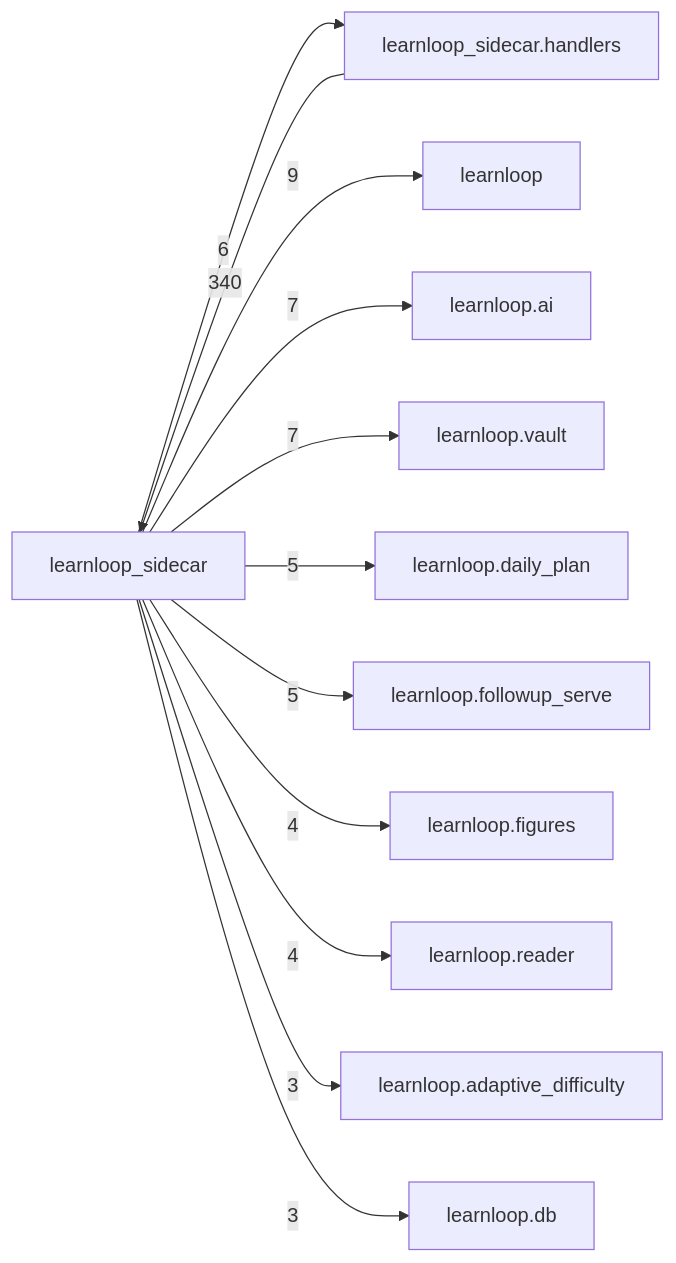
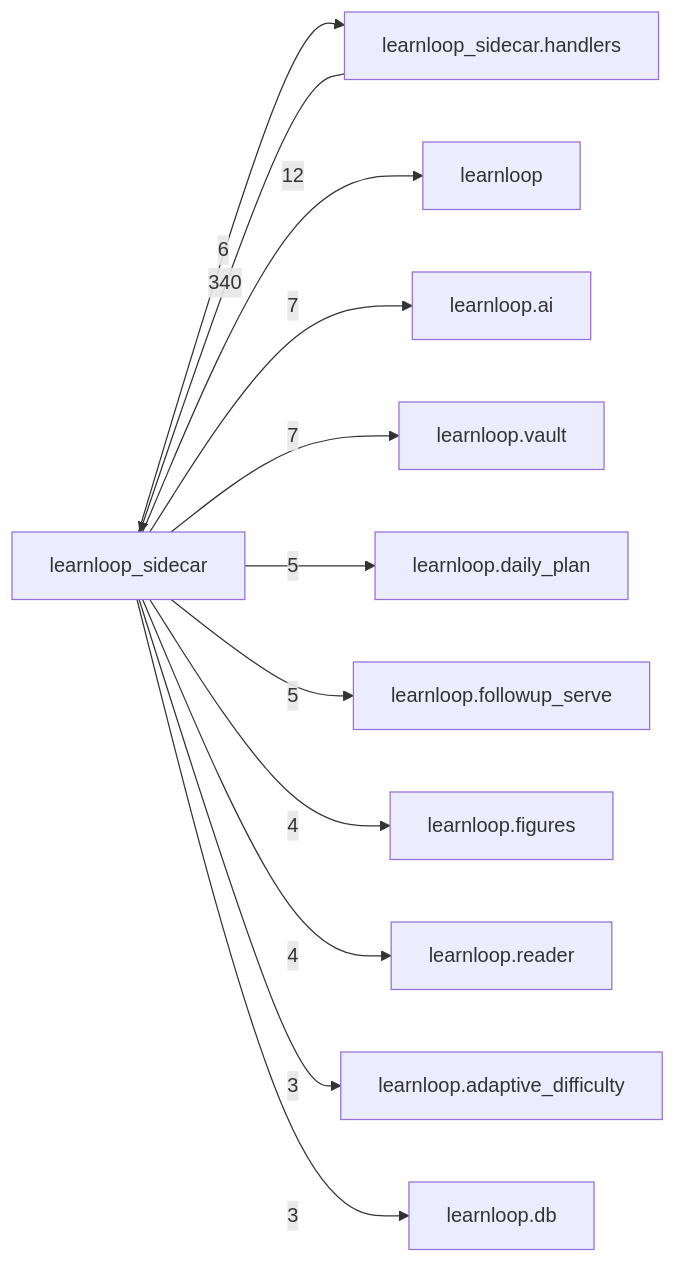
One commit to 6up-b/learnanything changed the diagram in docs/learnloop-architecture-vault/Reference/Modules/learnloop_sidecar/_package.md. Above: the diagram before and after it, drawn with Mermaid. The commit also changed other lines of this file and 39 other files, not shown here.

````diff
--- a/docs/learnloop-architecture-vault/Reference/Modules/learnloop_sidecar/_package.md
+++ b/docs/learnloop-architecture-vault/Reference/Modules/learnloop_sidecar/_package.md
@@ -126,25 +126,25 @@
 ```mermaid
 flowchart LR
     center["learnloop_sidecar"]
     n_learnloop_sidecar_handlers["learnloop_sidecar.handlers"]
     n_learnloop["learnloop"]
     n_learnloop_ai["learnloop.ai"]
     n_learnloop_vault["learnloop.vault"]
     n_learnloop_daily_plan["learnloop.daily_plan"]
     n_learnloop_followup_serve["learnloop.followup_serve"]
     n_learnloop_figures["learnloop.figures"]
     n_learnloop_reader["learnloop.reader"]
     n_learnloop_adaptive_difficulty["learnloop.adaptive_difficulty"]
     n_learnloop_db["learnloop.db"]
     n_learnloop_sidecar_handlers -->|340| center
     center -->|6| n_learnloop_sidecar_handlers
-    center -->|9| n_learnloop
+    center -->|12| n_learnloop
     center -->|7| n_learnloop_ai
     center -->|7| n_learnloop_vault
     center -->|5| n_learnloop_daily_plan
     center -->|5| n_learnloop_followup_serve
     center -->|4| n_learnloop_figures
     center -->|4| n_learnloop_reader
     center -->|3| n_learnloop_adaptive_difficulty
     center -->|3| n_learnloop_db
 ```
````
